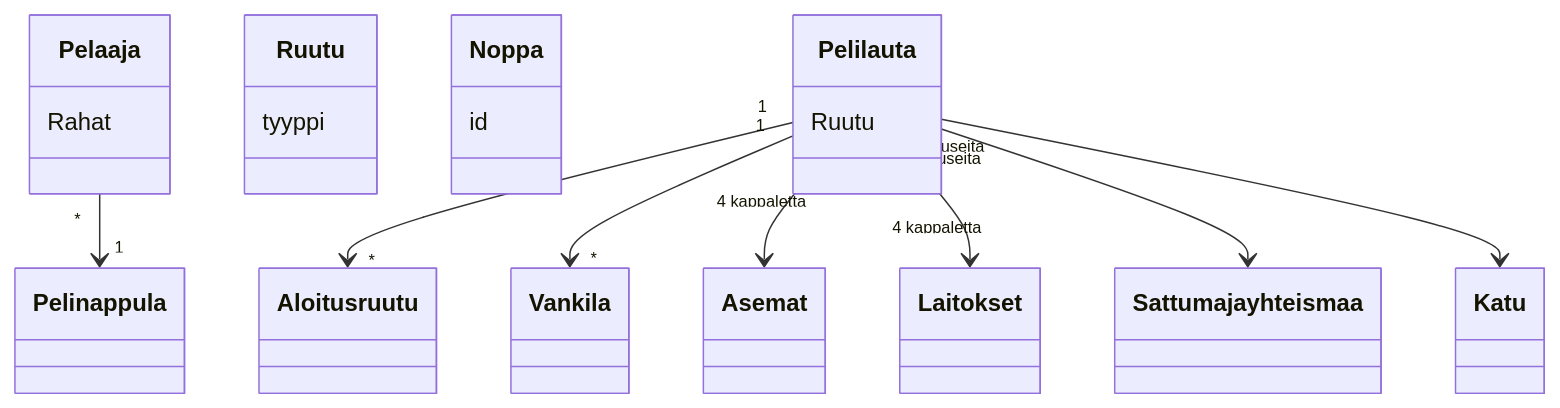
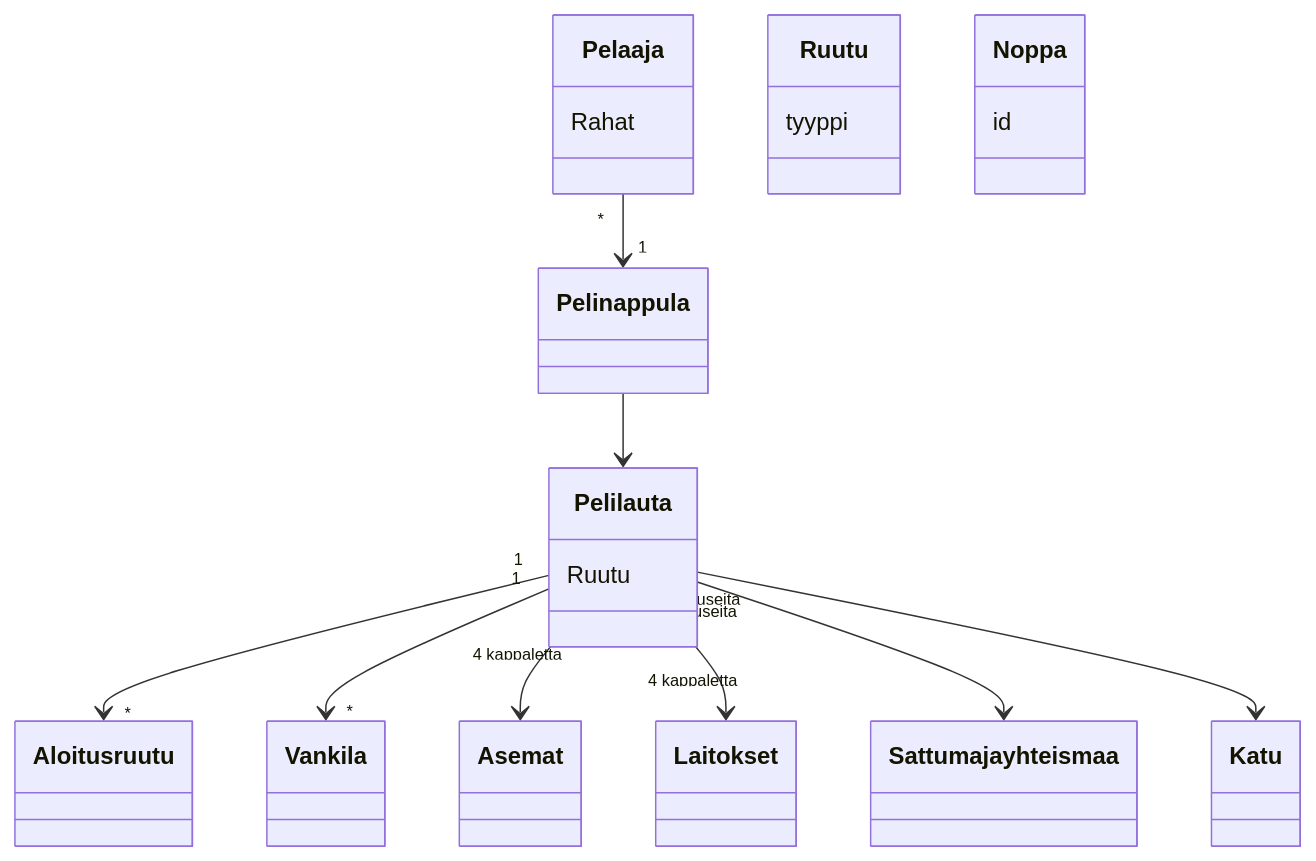
The diagram in laskarit/viikko3/monopolikaavio.md (Vilivanh/ot-harjoitustyo), drawn with Mermaid before and after one commit.

Commit message:
muutos taas

````diff
--- a/laskarit/viikko3/monopolikaavio.md
+++ b/laskarit/viikko3/monopolikaavio.md
@@ -1,25 +1,25 @@
 ```mermaid
  classDiagram
       Pelaaja "*" --> "1" Pelinappula
 
       class Pelaaja{
       Rahat    
       }
       class Ruutu{
           
           tyyppi
       }
       class Noppa{
           id
       }
       class Pelilauta{
           Ruutu
       }
       Pelilauta "1" --> "*" Aloitusruutu
       Pelilauta "1" --> "*" Vankila
       Pelilauta "4 kappaletta" --> Asemat
       Pelilauta "4 kappaletta" --> Laitokset
       Pelilauta "useita" --> Sattuma ja yhteismaa
       Pelilauta "useita" --> Katu
-      
+      Pelinappula --> Pelilauta
 ```
````
